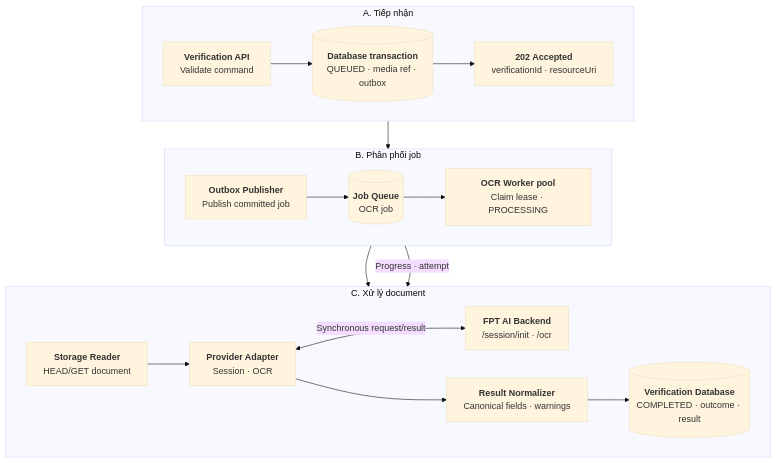
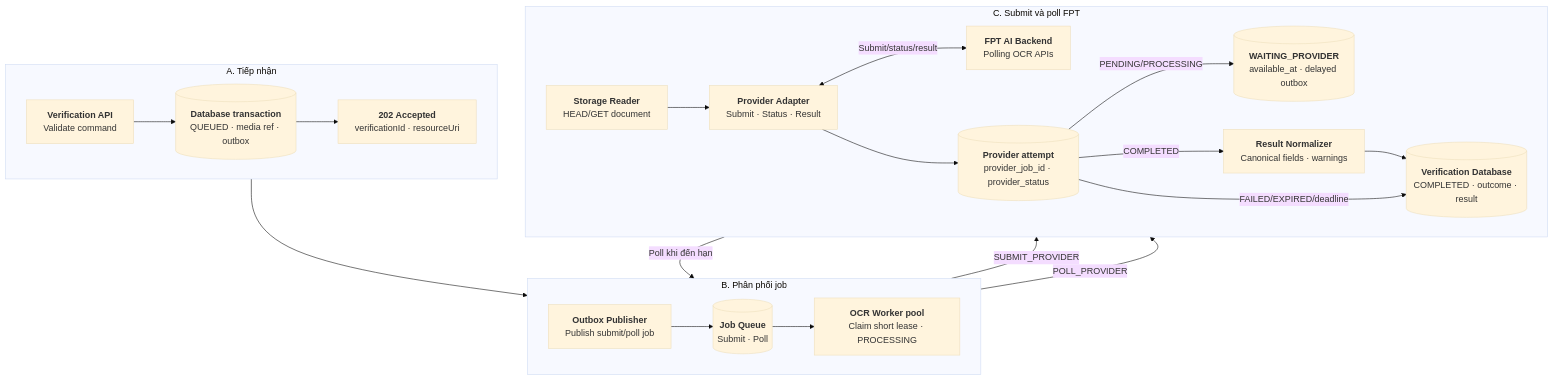
The third of 7 diagrams in noxh-ekyc.md (huynv-xyz/vhm), drawn with Mermaid (base theme) before and after one commit. The commit also changed other lines of this file, not shown here.

````diff
--- a/noxh-ekyc.md
+++ b/noxh-ekyc.md
@@ -180,48 +192,56 @@
 ```mermaid
 flowchart TB
     subgraph ACCEPT["A. Tiếp nhận"]
         direction LR
         API["`**Verification API**
 Validate command`"]
         DB_ACCEPT[("`**Database transaction**
 QUEUED · media ref · outbox`")]
         RESPONSE["`**202 Accepted**
 verificationId · resourceUri`"]
 
         API --> DB_ACCEPT --> RESPONSE
     end
 
     subgraph DISPATCH["B. Phân phối job"]
         direction LR
         PUBLISHER["`**Outbox Publisher**
-Publish committed job`"]
+Publish submit/poll job`"]
         QUEUE[("`**Job Queue**
-OCR job`")]
+Submit · Poll`")]
         WORKER["`**OCR Worker pool**
-Claim lease · PROCESSING`"]
+Claim short lease · PROCESSING`"]
 
         PUBLISHER --> QUEUE --> WORKER
     end
 
-    subgraph EXECUTE["C. Xử lý document"]
+    subgraph EXECUTE["C. Submit và poll FPT"]
         direction LR
         READ["`**Storage Reader**
 HEAD/GET document`"]
         ADAPTER["`**Provider Adapter**
-Session · OCR`"]
+Submit · Status · Result`"]
         FPT["`**FPT AI Backend**
-/session/init · /ocr`"]
+Polling OCR APIs`"]
+        CHECKPOINT[("`**Provider attempt**
+provider_job_id · provider_status`")]
+        WAIT[("`**WAITING_PROVIDER**
+available_at · delayed outbox`")]
         NORMALIZE["`**Result Normalizer**
 Canonical fields · warnings`"]
         DONE[("`**Verification Database**
 COMPLETED · outcome · result`")]
 
         READ --> ADAPTER
-        ADAPTER <-->|"Synchronous request/result"| FPT
-        ADAPTER --> NORMALIZE --> DONE
+        ADAPTER <-->|"Submit/status/result"| FPT
+        ADAPTER --> CHECKPOINT
+        CHECKPOINT -->|"PENDING/PROCESSING"| WAIT
+        CHECKPOINT -->|"COMPLETED"| NORMALIZE --> DONE
+        CHECKPOINT -->|"FAILED/EXPIRED/deadline"| DONE
     end
 
     DB_ACCEPT --> PUBLISHER
-    WORKER --> READ
-    WORKER -->|"Progress · attempt"| DONE
+    WORKER -->|"SUBMIT_PROVIDER"| READ
+    WORKER -->|"POLL_PROVIDER"| ADAPTER
+    WAIT -->|"Poll khi đến hạn"| PUBLISHER
 ```
````
